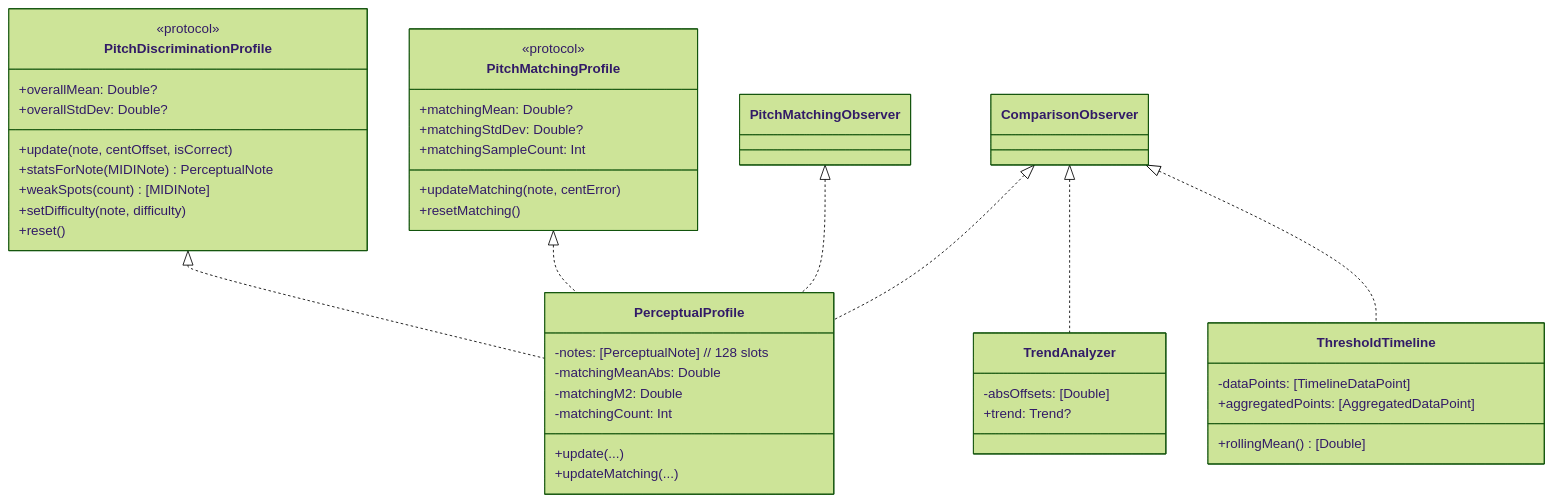
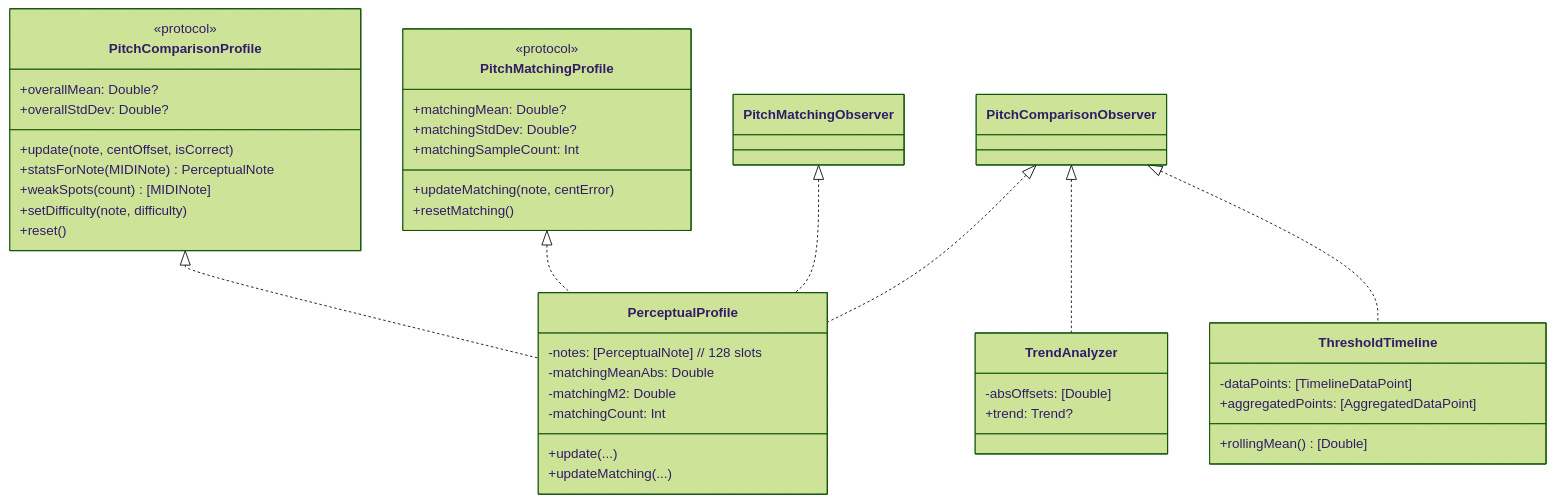
The fourth of 4 diagrams in docs/arc42/05-building-block-view.md (mschuerig/peach), drawn with Mermaid (forest theme) before and after one commit. The commit also changed other lines of this file and 120 other files, not shown here.

First line of the commit message:
Rename Comparison to PitchComparison across entire codebase

````diff
--- a/docs/arc42/05-building-block-view.md
+++ b/docs/arc42/05-building-block-view.md
@@ -191,49 +191,49 @@
 ```mermaid
 classDiagram
-    class PitchDiscriminationProfile {
+    class PitchComparisonProfile {
         <<protocol>>
         +update(note, centOffset, isCorrect)
         +overallMean: Double?
         +overallStdDev: Double?
         +statsForNote(MIDINote) PerceptualNote
         +weakSpots(count) [MIDINote]
         +setDifficulty(note, difficulty)
         +reset()
     }
 
     class PitchMatchingProfile {
         <<protocol>>
         +updateMatching(note, centError)
         +matchingMean: Double?
         +matchingStdDev: Double?
         +matchingSampleCount: Int
         +resetMatching()
     }
 
     class PerceptualProfile {
         -notes: [PerceptualNote] // 128 slots
         -matchingMeanAbs: Double
         -matchingM2: Double
         -matchingCount: Int
         +update(...)
         +updateMatching(...)
     }
 
     class TrendAnalyzer {
         -absOffsets: [Double]
         +trend: Trend?
     }
 
     class ThresholdTimeline {
         -dataPoints: [TimelineDataPoint]
         +aggregatedPoints: [AggregatedDataPoint]
         +rollingMean() [Double]
     }
 
-    PitchDiscriminationProfile <|.. PerceptualProfile
+    PitchComparisonProfile <|.. PerceptualProfile
     PitchMatchingProfile <|.. PerceptualProfile
-    ComparisonObserver <|.. PerceptualProfile
+    PitchComparisonObserver <|.. PerceptualProfile
     PitchMatchingObserver <|.. PerceptualProfile
-    ComparisonObserver <|.. TrendAnalyzer
-    ComparisonObserver <|.. ThresholdTimeline
+    PitchComparisonObserver <|.. TrendAnalyzer
+    PitchComparisonObserver <|.. ThresholdTimeline
 ```
````
